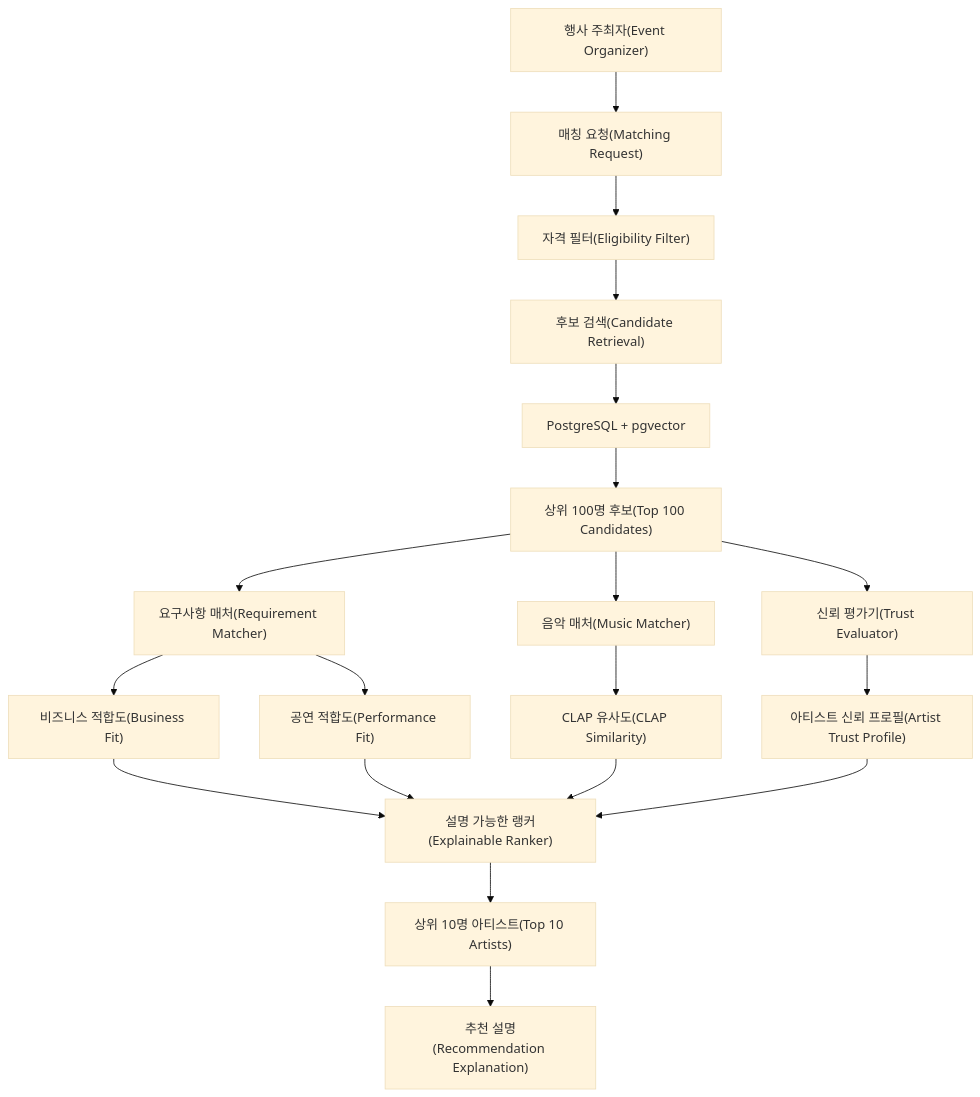
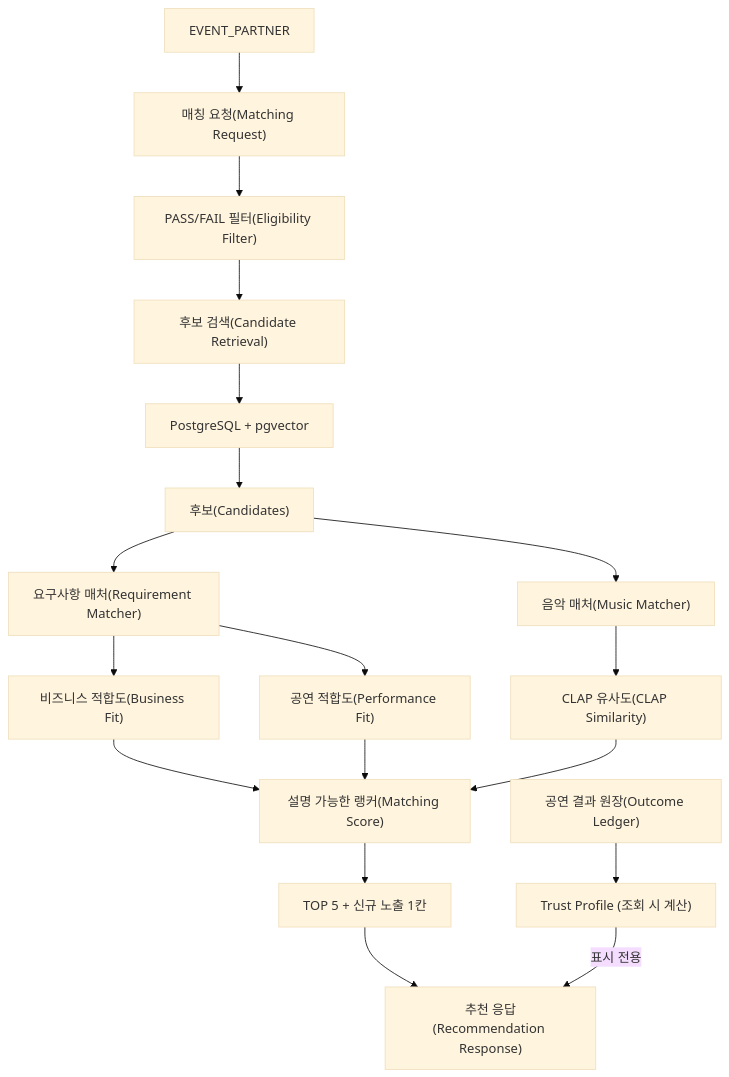
The ninth of 10 diagrams in docs/adr/artist_trust_architecture/01_artist_trust_architecture.md (nsuCapstoneTeam/NSU_CAPSTONE), drawn with Mermaid (base theme) before and after one commit. The commit also changed other lines of this file and 13 other files, not shown here.

````diff
--- a/docs/adr/artist_trust_architecture/01_artist_trust_architecture.md
+++ b/docs/adr/artist_trust_architecture/01_artist_trust_architecture.md
@@ -1021,35 +826,34 @@
 ```mermaid
 flowchart TD
 
-    Organizer["행사 주최자(Event Organizer)"]
+    Partner["EVENT_PARTNER"]
 
-    Organizer --> Request["매칭 요청(Matching Request)"]
+    Partner --> Request["매칭 요청(Matching Request)"]
 
-    Request --> Eligibility["자격 필터(Eligibility Filter)"]
+    Request --> Eligibility["PASS/FAIL 필터(Eligibility Filter)"]
 
     Eligibility --> Retrieval["후보 검색(Candidate Retrieval)"]
 
     Retrieval --> DB["PostgreSQL + pgvector"]
 
-    DB --> Top100["상위 100명 후보(Top 100 Candidates)"]
+    DB --> Candidates["후보(Candidates)"]
 
-    Top100 --> Requirement["요구사항 매처(Requirement Matcher)"]
-    Top100 --> Music["음악 매처(Music Matcher)"]
-    Top100 --> Trust["신뢰 평가기(Trust Evaluator)"]
+    Candidates --> Requirement["요구사항 매처(Requirement Matcher)"]
+    Candidates --> Music["음악 매처(Music Matcher)"]
 
     Requirement --> Business["비즈니스 적합도(Business Fit)"]
     Requirement --> Performance["공연 적합도(Performance Fit)"]
 
     Music --> CLAP["CLAP 유사도(CLAP Similarity)"]
 
-    Trust --> TrustProfile["아티스트 신뢰 프로필(Artist Trust Profile)"]
-
-    Business --> Ranker["설명 가능한 랭커(Explainable Ranker)"]
+    Business --> Ranker["설명 가능한 랭커(Matching Score)"]
     Performance --> Ranker
     CLAP --> Ranker
-    TrustProfile --> Ranker
 
-    Ranker --> Top10["상위 10명 아티스트(Top 10 Artists)"]
+    Ranker --> Top5["TOP 5 + 신규 노출 1칸"]
 
-    Top10 --> Explanation["추천 설명(Recommendation Explanation)"]
+    Ledger["공연 결과 원장(Outcome Ledger)"] --> TrustProfile["Trust Profile (조회 시 계산)"]
+
+    Top5 --> Response["추천 응답(Recommendation Response)"]
+    TrustProfile -->|표시 전용| Response
 ```
````
